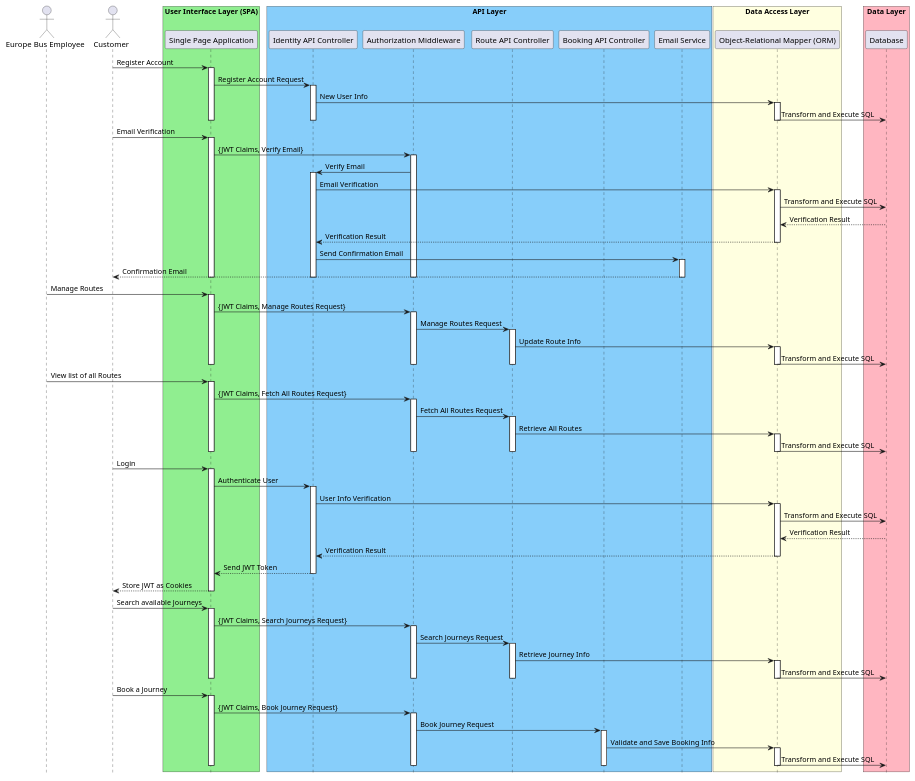
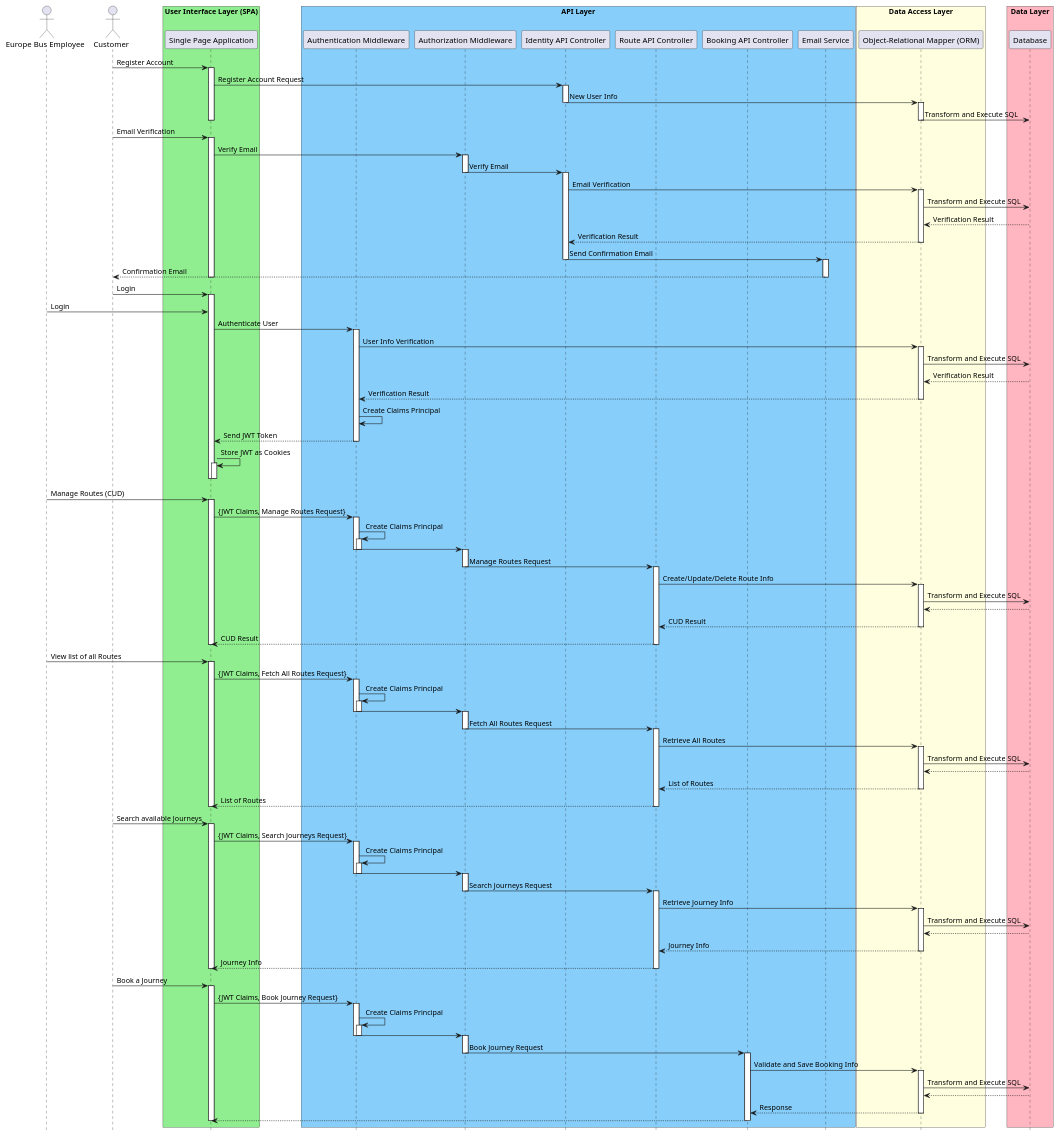
The diagram in coach-tour-booking-web/uml_diagrams/comms.puml (bsaranga/coach-tour-booking), drawn with PlantUML before and after one commit. The commit also changed 4 other files, not shown here.

Commit message:
diagram updates

```diff
--- a/coach-tour-booking-web/uml_diagrams/comms.puml
+++ b/coach-tour-booking-web/uml_diagrams/comms.puml
@@ -1,128 +1,169 @@
 @startuml
 hide footbox
 
 actor Employee as "Europe Bus Employee"
 actor Customer
 
 box "User Interface Layer (SPA)" #LightGreen
 participant SPA as "Single Page Application"
 end box
 
 box "API Layer" #LightSkyBlue
+participant AuthN as "Authentication Middleware"
+participant AuthZ as "Authorization Middleware"
 participant IdentityAPI as "Identity API Controller"
-participant AuthorizationAPI as "Authorization Middleware"
 participant RouteAPI as "Route API Controller"
 participant BookingAPI as "Booking API Controller"
 participant EmailService as "Email Service"
 end box
 
 box "Data Access Layer" #LightYellow
 participant ORM as "Object-Relational Mapper (ORM)"
 end box
 
 box "Data Layer" #LightPink
 participant DB as "Database"
 end box
 
 Customer -> SPA : Register Account
 activate SPA 
 SPA -> IdentityAPI: Register Account Request
 activate IdentityAPI 
 IdentityAPI -> ORM : New User Info 
+deactivate IdentityAPI 
 activate ORM 
 ORM -> DB : Transform and Execute SQL
 deactivate ORM 
-deactivate IdentityAPI 
 deactivate SPA
 
 Customer -> SPA : Email Verification
 activate SPA 
-SPA -> AuthorizationAPI : {JWT Claims, Verify Email}
-activate AuthorizationAPI
-AuthorizationAPI -> IdentityAPI : Verify Email
+SPA -> AuthZ : Verify Email
+activate AuthZ
+AuthZ -> IdentityAPI : Verify Email
+deactivate AuthZ
 activate IdentityAPI 
 IdentityAPI -> ORM : Email Verification
 activate ORM 
 ORM -> DB : Transform and Execute SQL
 DB --> ORM : Verification Result
 ORM --> IdentityAPI : Verification Result
 deactivate ORM 
 IdentityAPI -> EmailService : Send Confirmation Email
+deactivate IdentityAPI
 activate EmailService
 EmailService --> Customer : Confirmation Email
-deactivate IdentityAPI
 deactivate EmailService
-deactivate AuthorizationAPI
 deactivate SPA
 
-Employee -> SPA : Manage Routes
+Customer -> SPA : Login
 activate SPA 
-SPA -> AuthorizationAPI : {JWT Claims, Manage Routes Request}
-activate AuthorizationAPI
-AuthorizationAPI -> RouteAPI : Manage Routes Request
-activate RouteAPI 
-RouteAPI -> ORM : Update Route Info
+Employee -> SPA : Login
+SPA -> AuthN: Authenticate User
+activate AuthN 
+AuthN -> ORM : User Info Verification
 activate ORM 
 ORM -> DB : Transform and Execute SQL
-deactivate ORM 
+DB --> ORM : Verification Result
+ORM --> AuthN : Verification Result
+deactivate ORM
+AuthN -> AuthN: Create Claims Principal
+AuthN --> SPA : Send JWT Token
+deactivate AuthN
+SPA -> SPA : Store JWT as Cookies
+activate SPA
+deactivate SPA
+deactivate SPA
+
+Employee -> SPA : Manage Routes (CUD)
+activate SPA
+SPA -> AuthN: {JWT Claims, Manage Routes Request}
+activate AuthN
+AuthN -> AuthN: Create Claims Principal
+activate AuthN
+AuthN -> AuthZ
+deactivate AuthN
+activate AuthZ
+deactivate AuthN
+AuthZ -> RouteAPI : Manage Routes Request
+deactivate AuthZ
+activate RouteAPI 
+RouteAPI -> ORM : Create/Update/Delete Route Info
+activate ORM 
+ORM -> DB : Transform and Execute SQL
+DB --> ORM
+ORM --> RouteAPI: CUD Result
+deactivate ORM
+RouteAPI --> SPA: CUD Result
 deactivate RouteAPI 
-deactivate AuthorizationAPI
 deactivate SPA 
 
 Employee -> SPA : View list of all Routes
 activate SPA 
-SPA -> AuthorizationAPI : {JWT Claims, Fetch All Routes Request}
-activate AuthorizationAPI
-AuthorizationAPI -> RouteAPI : Fetch All Routes Request
+SPA -> AuthN : {JWT Claims, Fetch All Routes Request}
+activate AuthN
+AuthN -> AuthN: Create Claims Principal
+activate AuthN
+AuthN -> AuthZ
+deactivate AuthN
+activate AuthZ
+deactivate AuthN
+AuthZ -> RouteAPI : Fetch All Routes Request
+deactivate AuthZ
 activate RouteAPI 
 RouteAPI -> ORM : Retrieve All Routes
 activate ORM 
 ORM -> DB : Transform and Execute SQL
+DB --> ORM
+ORM --> RouteAPI: List of Routes
 deactivate ORM
-deactivate RouteAPI 
-deactivate AuthorizationAPI
-deactivate SPA
-
-Customer -> SPA : Login
-activate SPA 
-SPA -> IdentityAPI: Authenticate User
-activate IdentityAPI 
-IdentityAPI -> ORM : User Info Verification
-activate ORM 
-ORM -> DB : Transform and Execute SQL
-DB --> ORM : Verification Result
-ORM --> IdentityAPI : Verification Result
-deactivate ORM
-IdentityAPI --> SPA : Send JWT Token
-deactivate IdentityAPI
-SPA --> Customer : Store JWT as Cookies
+RouteAPI --> SPA: List of Routes
+deactivate RouteAPI
 deactivate SPA
 
 Customer -> SPA : Search available Journeys
 activate SPA 
-SPA -> AuthorizationAPI : {JWT Claims, Search Journeys Request}
-activate AuthorizationAPI
-AuthorizationAPI -> RouteAPI : Search Journeys Request
+SPA -> AuthN : {JWT Claims, Search Journeys Request}
+activate AuthN
+AuthN -> AuthN: Create Claims Principal
+activate AuthN
+AuthN -> AuthZ
+deactivate AuthN
+activate AuthZ
+deactivate AuthN
+AuthZ -> RouteAPI : Search Journeys Request
+deactivate AuthZ
 activate RouteAPI 
 RouteAPI -> ORM : Retrieve Journey Info
 activate ORM 
 ORM -> DB : Transform and Execute SQL
-deactivate ORM 
+DB --> ORM
+ORM --> RouteAPI: Journey Info
+deactivate ORM
+RouteAPI --> SPA: Journey Info
 deactivate RouteAPI 
-deactivate AuthorizationAPI
 deactivate SPA 
 
 Customer -> SPA : Book a Journey
 activate SPA 
-SPA -> AuthorizationAPI : {JWT Claims, Book Journey Request}
-activate AuthorizationAPI
-AuthorizationAPI -> BookingAPI : Book Journey Request
+SPA -> AuthN : {JWT Claims, Book Journey Request}
+activate AuthN
+AuthN -> AuthN: Create Claims Principal
+activate AuthN
+AuthN -> AuthZ
+deactivate AuthN
+activate AuthZ
+deactivate AuthN
+AuthZ -> BookingAPI : Book Journey Request
+deactivate AuthZ
 activate BookingAPI 
 BookingAPI -> ORM : Validate and Save Booking Info
 activate ORM 
 ORM -> DB : Transform and Execute SQL
+DB --> ORM
+ORM --> BookingAPI: Response
 deactivate ORM 
+BookingAPI --> SPA
 deactivate BookingAPI 
-deactivate AuthorizationAPI
 deactivate SPA 
 @enduml
```
